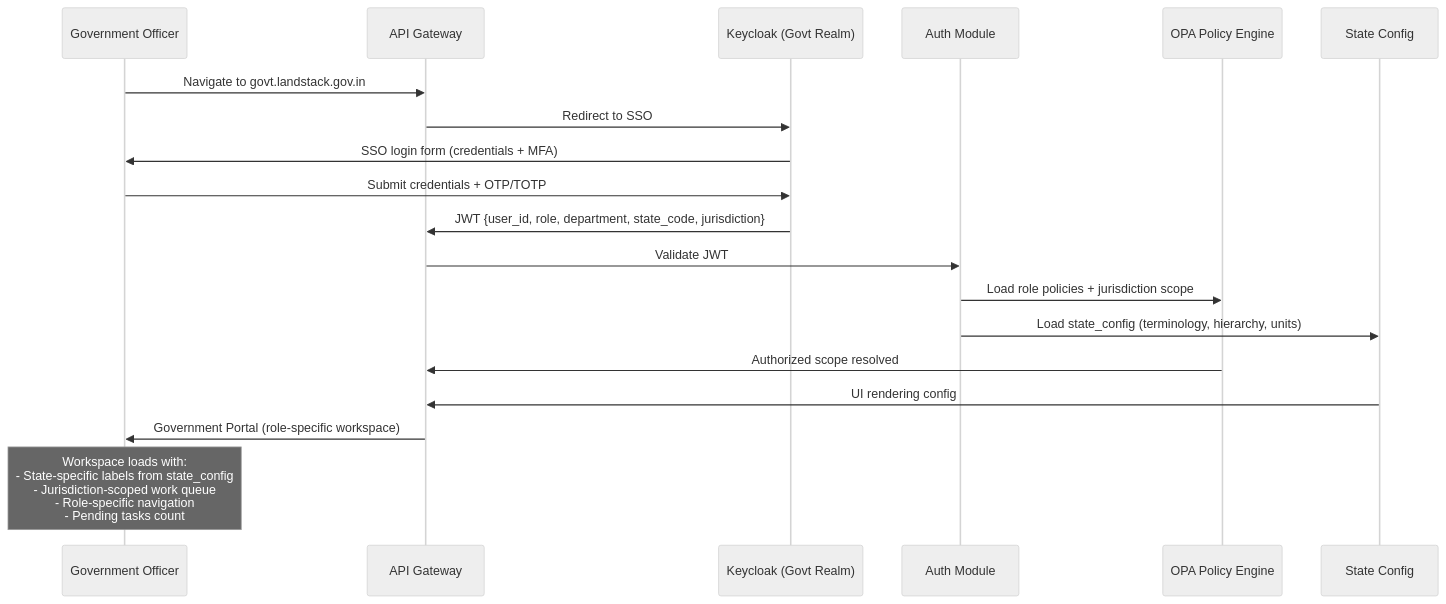
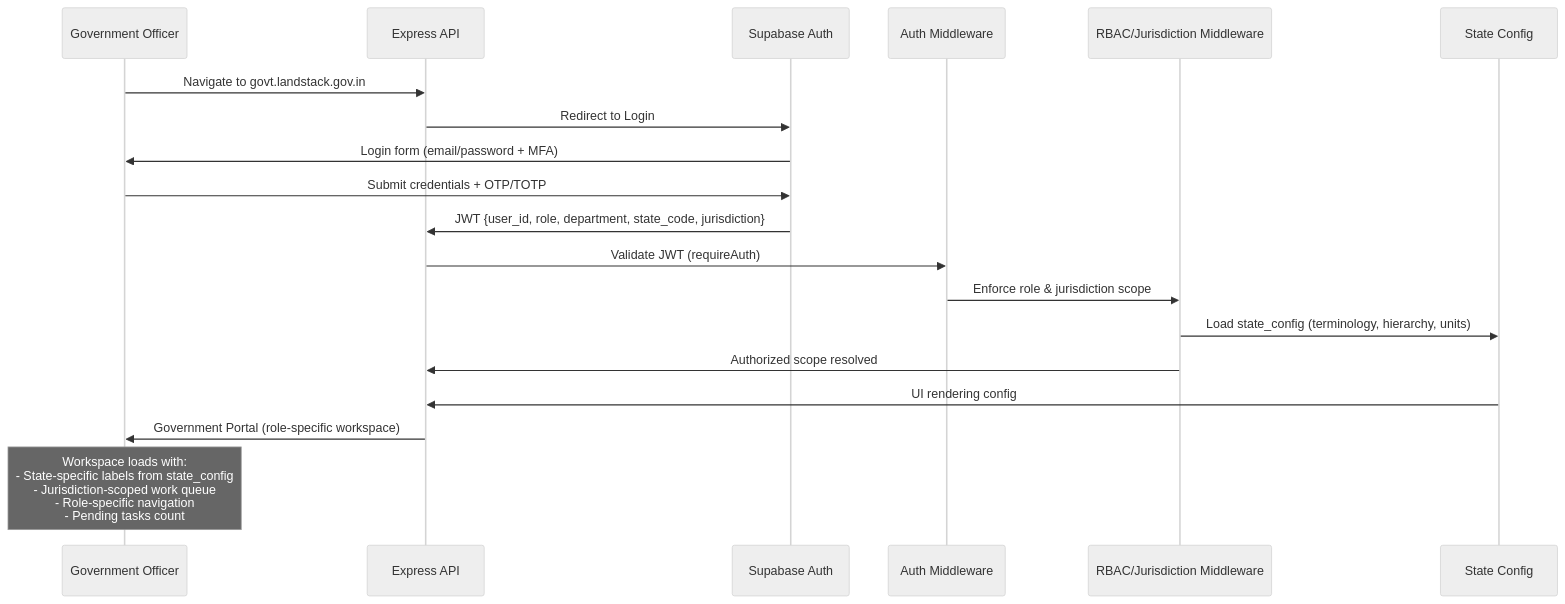
One commit to Abhishekgujar28/LAND-STACK changed diagram 14 of 21 in docs/main-docs/workflows.md. Above: the diagram before and after it, drawn with Mermaid (neutral theme). The commit also changed other lines of this file and 53 other files, not shown here.

````diff
--- a/docs/main-docs/workflows.md
+++ b/docs/main-docs/workflows.md
@@ -1003,23 +1005,23 @@
 ```mermaid
 sequenceDiagram
     participant O as Government Officer
-    participant GW as API Gateway
-    participant KC as Keycloak (Govt Realm)
-    participant AUTH as Auth Module
-    participant OPA as OPA Policy Engine
+    participant GW as Express API
+    participant SUPA as Supabase Auth
+    participant AUTH as Auth Middleware
+    participant MW as RBAC/Jurisdiction Middleware
     participant CONF as State Config
 
     O->>GW: Navigate to govt.landstack.gov.in
-    GW->>KC: Redirect to SSO
-    KC->>O: SSO login form (credentials + MFA)
-    O->>KC: Submit credentials + OTP/TOTP
-    KC->>GW: JWT {user_id, role, department, state_code, jurisdiction}
-    GW->>AUTH: Validate JWT
-    AUTH->>OPA: Load role policies + jurisdiction scope
-    AUTH->>CONF: Load state_config (terminology, hierarchy, units)
-    OPA->>GW: Authorized scope resolved
+    GW->>SUPA: Redirect to Login
+    SUPA->>O: Login form (email/password + MFA)
+    O->>SUPA: Submit credentials + OTP/TOTP
+    SUPA->>GW: JWT {user_id, role, department, state_code, jurisdiction}
+    GW->>AUTH: Validate JWT (requireAuth)
+    AUTH->>MW: Enforce role & jurisdiction scope
+    MW->>CONF: Load state_config (terminology, hierarchy, units)
+    MW->>GW: Authorized scope resolved
     CONF->>GW: UI rendering config
     GW->>O: Government Portal (role-specific workspace)
 
     Note over O: Workspace loads with:<br/>- State-specific labels from state_config<br/>- Jurisdiction-scoped work queue<br/>- Role-specific navigation<br/>- Pending tasks count
 ```
````
